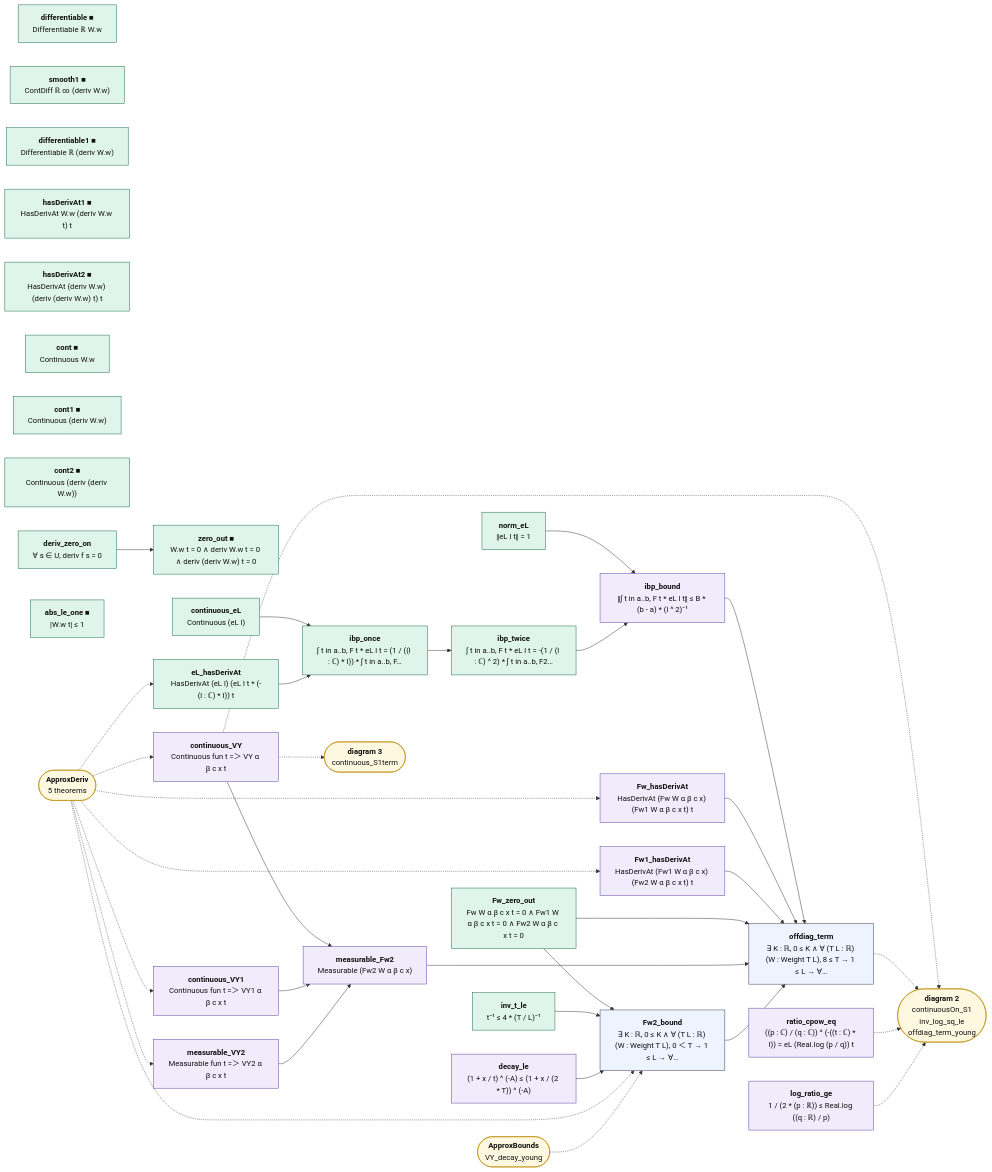
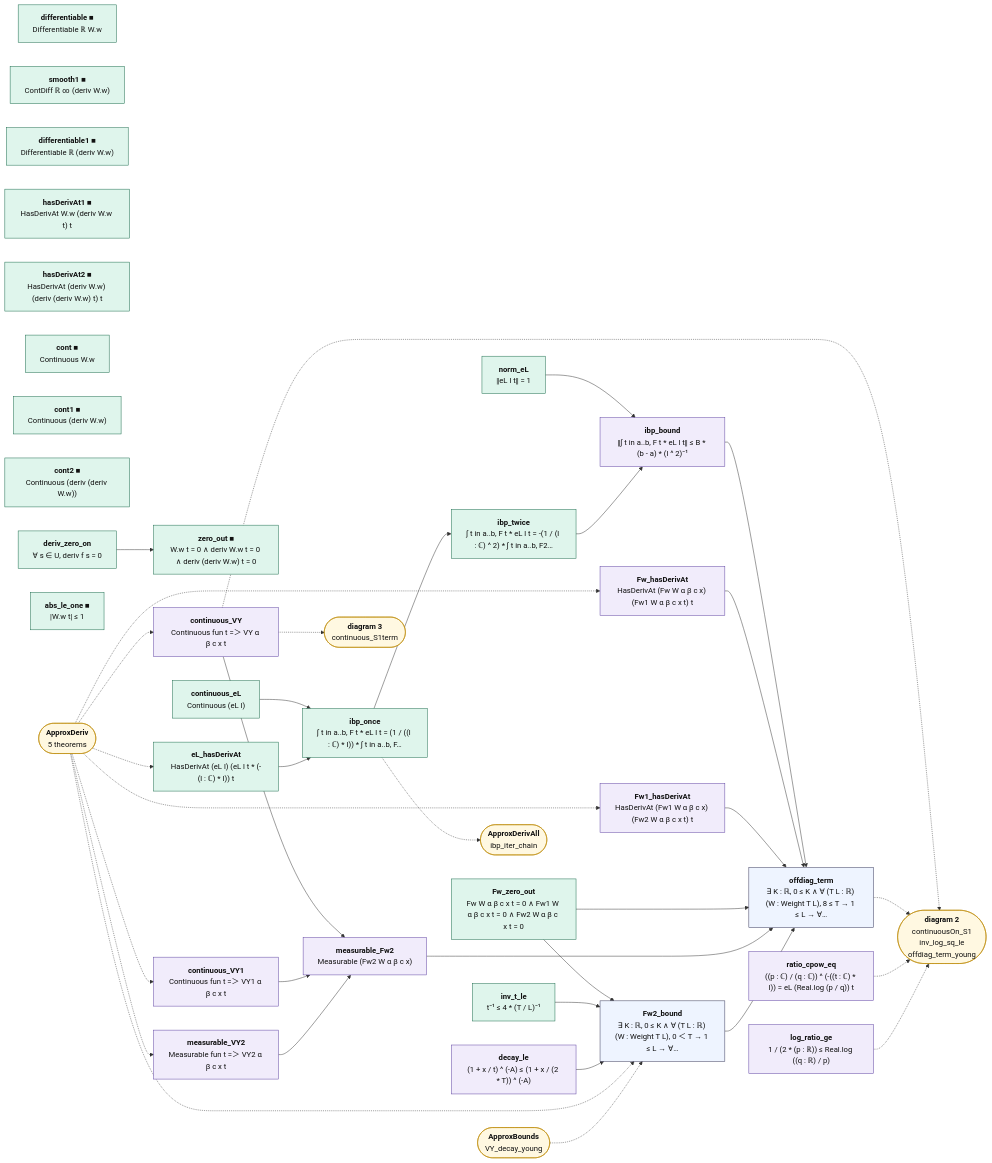
The diagram in map/lean_stage3/TwistedMoment.1.mmd (juliansambranojr/Primebeat_081426), drawn with Mermaid before and after one commit. The commit also changed 25 other files, not shown here.

```diff
--- a/map/lean_stage3/TwistedMoment.1.mmd
+++ b/map/lean_stage3/TwistedMoment.1.mmd
@@ -1,74 +1,76 @@
 flowchart LR
   n0["<b>differentiable ■</b><br/>Differentiable ℝ W.w"]:::cnt
   n1["<b>smooth1 ■</b><br/>ContDiff ℝ ∞ (deriv W.w)"]:::cnt
   n2["<b>differentiable1 ■</b><br/>Differentiable ℝ (deriv W.w)"]:::cnt
   n3["<b>hasDerivAt1 ■</b><br/>HasDerivAt W.w (deriv W.w t) t"]:::cnt
   n4["<b>hasDerivAt2 ■</b><br/>HasDerivAt (deriv W.w) (deriv (deriv W.w) t) t"]:::cnt
   n5["<b>cont ■</b><br/>Continuous W.w"]:::cnt
   n6["<b>cont1 ■</b><br/>Continuous (deriv W.w)"]:::cnt
   n7["<b>cont2 ■</b><br/>Continuous (deriv (deriv W.w))"]:::cnt
   n8["<b>deriv_zero_on</b><br/>∀ s ∈ U, deriv f s = 0"]:::cnt
   n9["<b>zero_out ■</b><br/>W.w t = 0 ∧ deriv W.w t = 0 ∧ deriv (deriv W.w) t = 0"]:::cnt
   n10["<b>abs_le_one ■</b><br/>|W.w t| ≤ 1"]:::cnt
   n11["<b>continuous_eL</b><br/>Continuous (eL l)"]:::cnt
   n12["<b>eL_hasDerivAt</b><br/>HasDerivAt (eL l) (eL l t * (-(l : ℂ) * I)) t"]:::cnt
   n13["<b>norm_eL</b><br/>‖eL l t‖ = 1"]:::cnt
   n14["<b>ibp_once</b><br/>∫ t in a..b, F t * eL l t = (1 / ((l : ℂ) * I)) * ∫ t in a..b, F…"]:::cnt
   n15["<b>ibp_twice</b><br/>∫ t in a..b, F t * eL l t = -(1 / (l : ℂ) ^ 2) * ∫ t in a..b, F2…"]:::cnt
   n16["<b>ibp_bound</b><br/>‖∫ t in a..b, F t * eL l t‖ ≤ B * (b - a) * (l ^ 2)⁻¹"]:::shp
   n17["<b>Fw_hasDerivAt</b><br/>HasDerivAt (Fw W α β c x) (Fw1 W α β c x t) t"]:::shp
   n18["<b>Fw1_hasDerivAt</b><br/>HasDerivAt (Fw1 W α β c x) (Fw2 W α β c x t) t"]:::shp
   n19["<b>Fw_zero_out</b><br/>Fw W α β c x t = 0 ∧ Fw1 W α β c x t = 0 ∧ Fw2 W α β c x t = 0"]:::cnt
   n20["<b>continuous_VY</b><br/>Continuous fun t =＞ VY α β c x t"]:::shp
   n21["<b>continuous_VY1</b><br/>Continuous fun t =＞ VY1 α β c x t"]:::shp
   n22["<b>measurable_VY2</b><br/>Measurable fun t =＞ VY2 α β c x t"]:::shp
   n23["<b>measurable_Fw2</b><br/>Measurable (Fw2 W α β c x)"]:::shp
   n24["<b>inv_t_le</b><br/>t⁻¹ ≤ 4 * (T / L)⁻¹"]:::cnt
   n25["<b>decay_le</b><br/>(1 + x / t) ^ (-A) ≤ (1 + x / (2 * T)) ^ (-A)"]:::shp
   n26["<b>Fw2_bound</b><br/>∃ K : ℝ, 0 ≤ K ∧ ∀ (T L : ℝ) (W : Weight T L), 0 ＜ T → 1 ≤ L → ∀…"]:::thm
   n27["<b>offdiag_term</b><br/>∃ K : ℝ, 0 ≤ K ∧ ∀ (T L : ℝ) (W : Weight T L), 8 ≤ T → 1 ≤ L → ∀…"]:::thm
   n28["<b>ratio_cpow_eq</b><br/>((p : ℂ) / (q : ℂ)) ^ (-((t : ℂ) * I)) = eL (Real.log (p / q)) t"]:::shp
   n29["<b>log_ratio_ge</b><br/>1 / (2 * (p : ℝ)) ≤ Real.log ((q : ℝ) / p)"]:::shp
   x0(["<b>ApproxDeriv</b><br/>5 theorems"]):::ext
-  x1(["<b>diagram 2</b><br/>continuousOn_S1<br/>inv_log_sq_le<br/>offdiag_term_young"]):::ext
-  x2(["<b>diagram 3</b><br/>continuous_S1term"]):::ext
-  x3(["<b>ApproxBounds</b><br/>VY_decay_young"]):::ext
+  x1(["<b>ApproxDerivAll</b><br/>ibp_iter_chain"]):::ext
+  x2(["<b>diagram 2</b><br/>continuousOn_S1<br/>inv_log_sq_le<br/>offdiag_term_young"]):::ext
+  x3(["<b>diagram 3</b><br/>continuous_S1term"]):::ext
+  x4(["<b>ApproxBounds</b><br/>VY_decay_young"]):::ext
   n11 --> n14
   n12 --> n14
   n13 --> n16
   n14 --> n15
   n15 --> n16
   n16 --> n27
   n17 --> n27
   n18 --> n27
   n19 --> n26
   n19 --> n27
   n20 --> n23
   n21 --> n23
   n22 --> n23
   n23 --> n27
   n24 --> n26
   n25 --> n26
   n26 --> n27
   n8 --> n9
-  n20 -.-> x1
+  n14 -.-> x1
   n20 -.-> x2
-  n27 -.-> x1
-  n28 -.-> x1
-  n29 -.-> x1
+  n20 -.-> x3
+  n27 -.-> x2
+  n28 -.-> x2
+  n29 -.-> x2
   x0 -.-> n12
   x0 -.-> n17
   x0 -.-> n18
   x0 -.-> n20
   x0 -.-> n21
   x0 -.-> n22
   x0 -.-> n26
-  x3 -.-> n26
+  x4 -.-> n26
   classDef cnt fill:#dff5ec,stroke:#17694a,color:#111
   classDef shp fill:#f1ecfb,stroke:#5b3fa0,color:#111
   classDef rh fill:#ffe5e5,stroke:#c22,color:#111,stroke-width:2px
   classDef thm fill:#eef4ff,stroke:#335,color:#111
   classDef end_ fill:#e7f7e7,stroke:#2a7,color:#111,stroke-width:2px
   classDef lone fill:#fff,stroke:#999,color:#111,stroke-dasharray:4 3
   classDef bad fill:#ffe5e5,stroke:#c22,color:#111,stroke-width:2px
   classDef ext fill:#fff8e1,stroke:#b80,color:#111
```
